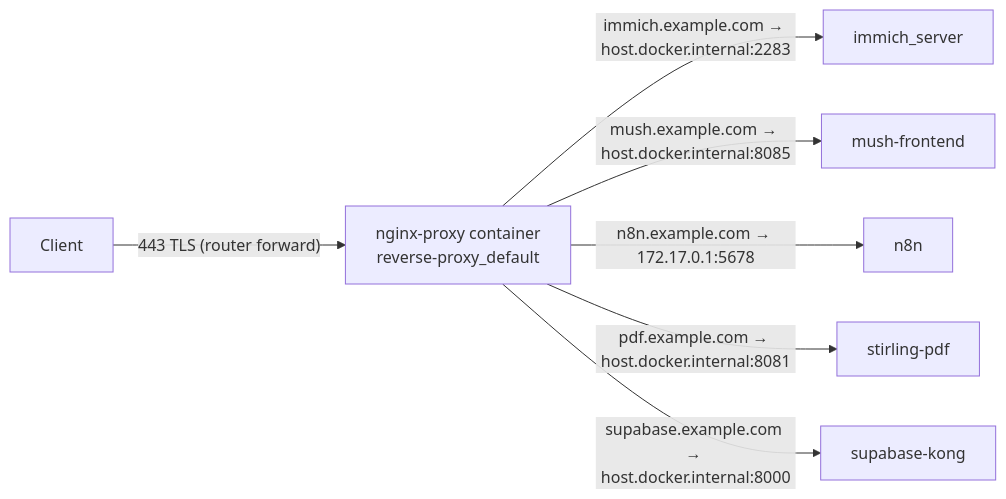
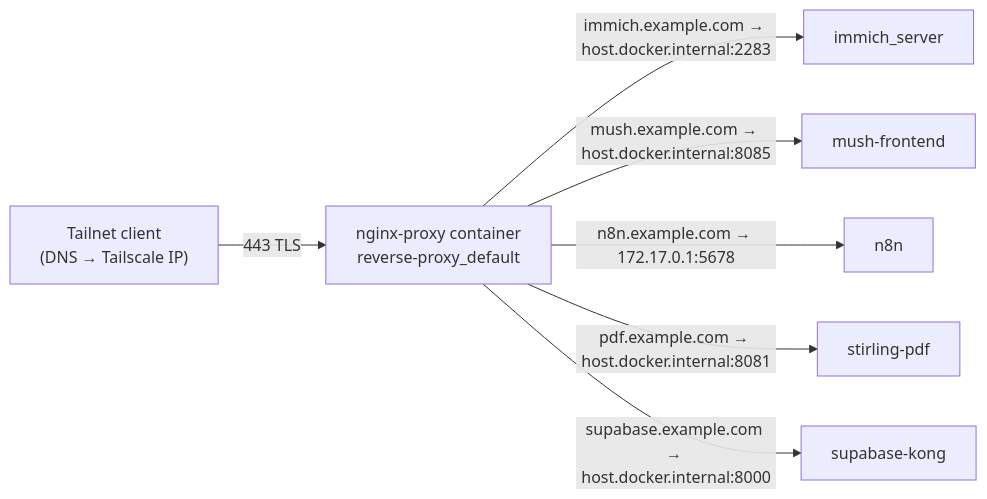
Before and after one commit to BigBoiToasty/homelab-docs: the first of 3 diagrams in architecture/networking-and-security.md, drawn with Mermaid. The commit also changed other lines of this file and 1 other file, not shown here.

````diff
--- a/architecture/networking-and-security.md
+++ b/architecture/networking-and-security.md
@@ -21,9 +21,9 @@
 ```mermaid
 flowchart LR
-    C["Client"] -->|"443 TLS (router forward)"| N["nginx-proxy container<br/>reverse-proxy_default"]
+    C["Tailnet client<br/>(DNS → Tailscale IP)"] -->|"443 TLS"| N["nginx-proxy container<br/>reverse-proxy_default"]
     N -->|"immich.example.com → host.docker.internal:2283"| IMM["immich_server"]
     N -->|"mush.example.com → host.docker.internal:8085"| MUSH["mush-frontend"]
     N -->|"n8n.example.com → 172.17.0.1:5678"| N8N["n8n"]
     N -->|"pdf.example.com → host.docker.internal:8081"| PDF["stirling-pdf"]
     N -->|"supabase.example.com → host.docker.internal:8000"| KONG["supabase-kong"]
 ```
````
